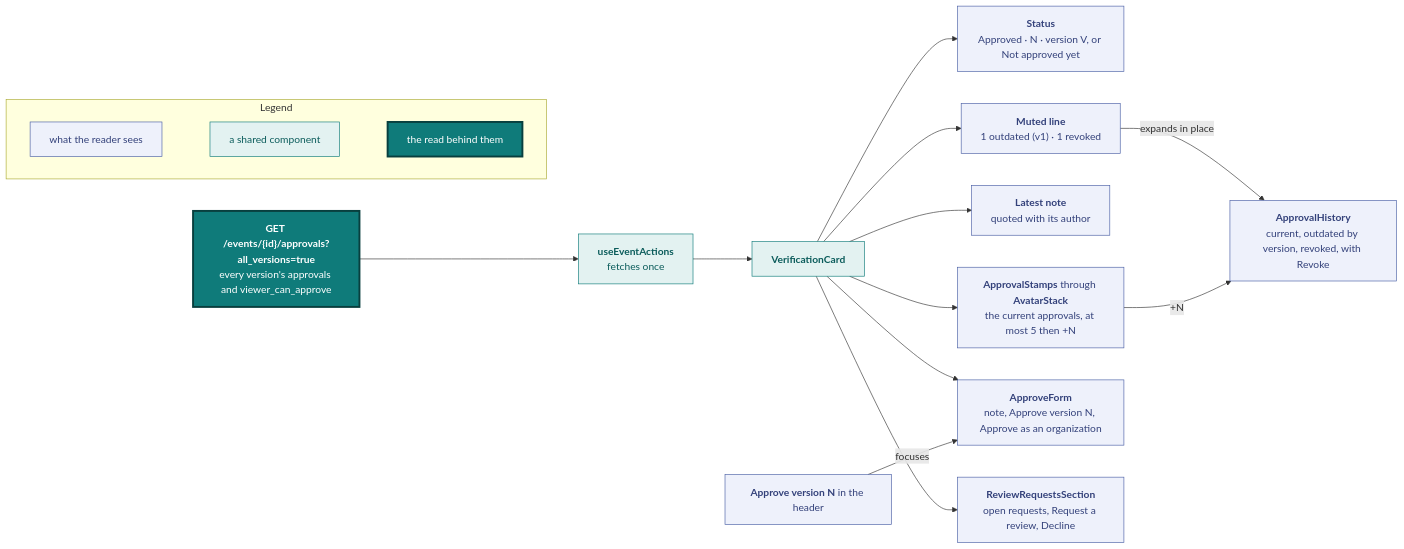
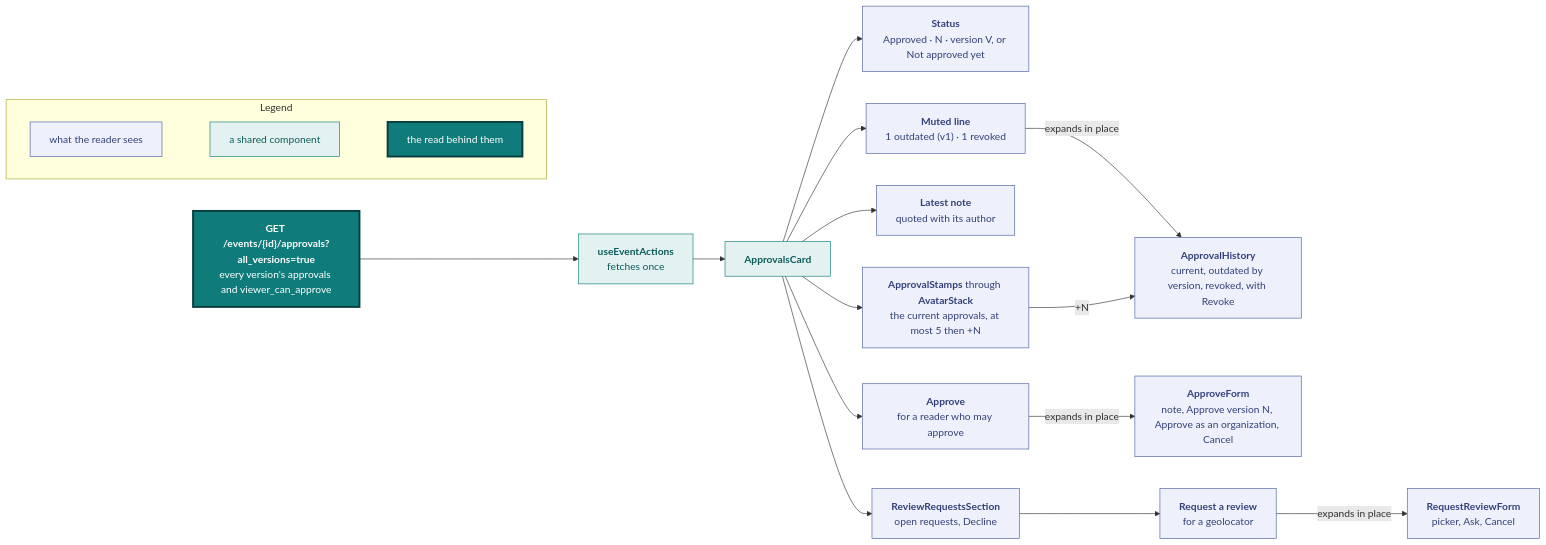
Before and after one commit to vidithq/vidit: the fifth of 9 diagrams in docs/design.md, drawn with Mermaid. The commit also changed other lines of this file and 21 other files, not shown here.

First line of the commit message:
feat: version selector, icon share and a collapsed Approvals card

````diff
--- a/docs/design.md
+++ b/docs/design.md
@@ -522,47 +527,53 @@
 ```mermaid
 flowchart LR
   classDef spec fill:#eef1fb,stroke:#4a5fa5,color:#33417a
   classDef shared fill:#e3f2f1,stroke:#0f7b7a,color:#0b5c5b
   classDef core fill:#0f7b7a,stroke:#083f3e,stroke-width:3px,color:#ffffff
 
   subgraph legend [Legend]
     direction LR
     l1["`what the reader sees`"]:::spec
     l2["`a shared component`"]:::shared
     l3["`the read behind them`"]:::core
     l1 ~~~ l2 ~~~ l3
   end
 
   read["`**GET /events/{id}/approvals?all_versions=true**
   every version's approvals and viewer_can_approve`"]:::core
   hook["`**useEventActions**
   fetches once`"]:::shared
-  card["`**VerificationCard**`"]:::shared
-
+  card["`**ApprovalsCard**`"]:::shared
   status["`**Status**
   Approved · N · version V, or Not approved yet`"]:::spec
   stamps["`**ApprovalStamps** through **AvatarStack**
   the current approvals, at most 5 then +N`"]:::spec
   note["`**Latest note**
   quoted with its author`"]:::spec
   line["`**Muted line**
   1 outdated (v1) · 1 revoked`"]:::spec
   history["`**ApprovalHistory**
   current, outdated by version, revoked, with Revoke`"]:::spec
+  approve["`**Approve**
+  for a reader who may approve`"]:::spec
   form["`**ApproveForm**
-  note, Approve version N, Approve as an organization`"]:::spec
+  note, Approve version N, Approve as an organization, Cancel`"]:::spec
   requests["`**ReviewRequestsSection**
-  open requests, Request a review, Decline`"]:::spec
-  shortcut["`**Approve version N** in the header`"]:::spec
+  open requests, Decline`"]:::spec
+  ask["`**Request a review**
+  for a geolocator`"]:::spec
+  askform["`**RequestReviewForm**
+  picker, Ask, Cancel`"]:::spec
 
   read --> hook --> card
   card --> status
   card --> stamps
   card --> note
   card --> line
-  card --> form
+  card --> approve
   card --> requests
   line -->|"expands in place"| history
   stamps -->|"+N"| history
-  shortcut -->|"focuses"| form
+  approve -->|"expands in place"| form
+  requests --> ask
+  ask -->|"expands in place"| askform
 ```
````
